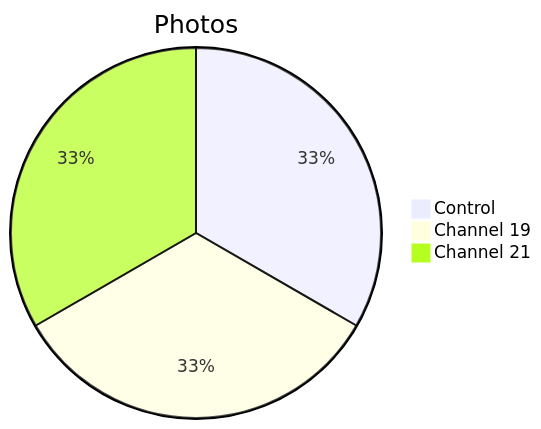
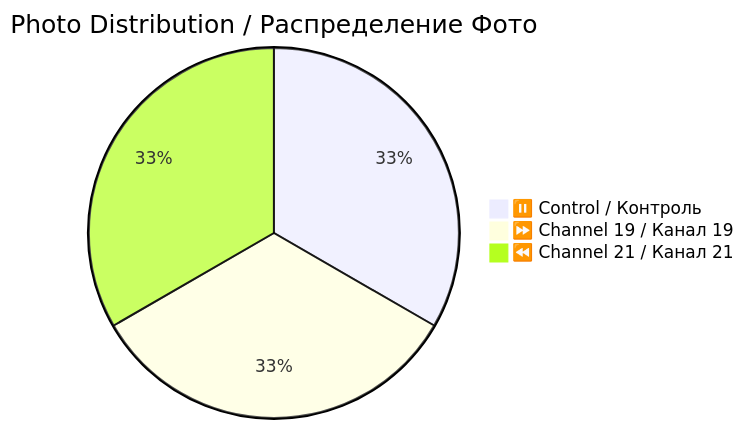
The first of 2 diagrams in original_research/data/patient-06/photos/README.md (AdvancedScientificResearchProjects/Hyperbolic_Field_BloodPlasma_Study), drawn with Mermaid before and after one commit. The commit also changed other lines of this file and 6 other files, not shown here.

````diff
--- a/original_research/data/patient-06/photos/README.md
+++ b/original_research/data/patient-06/photos/README.md
@@ -15,6 +15,6 @@
 ```mermaid
-pie title Photos
-    "Control" : 1
-    "Channel 19" : 1
-    "Channel 21" : 1
+pie title Photo Distribution / Распределение Фото
+    "⏸️ Control / Контроль" : 1
+    "⏩ Channel 19 / Канал 19" : 1
+    "⏪ Channel 21 / Канал 21" : 1
 ```
````
